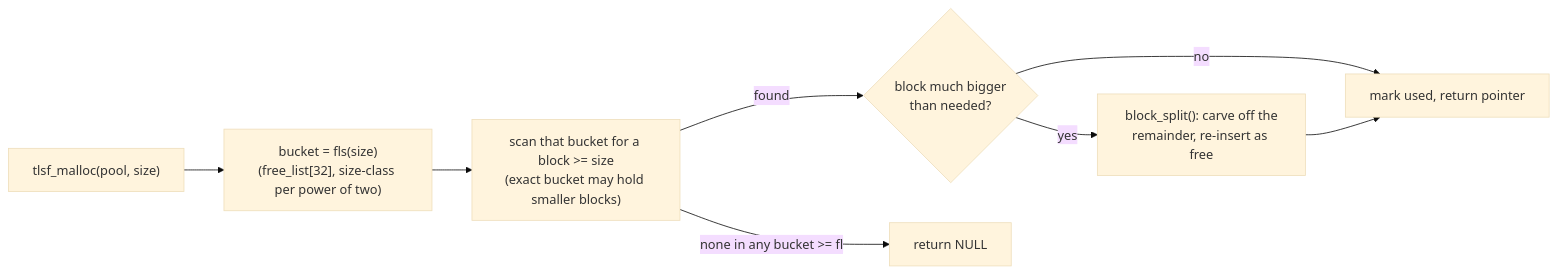
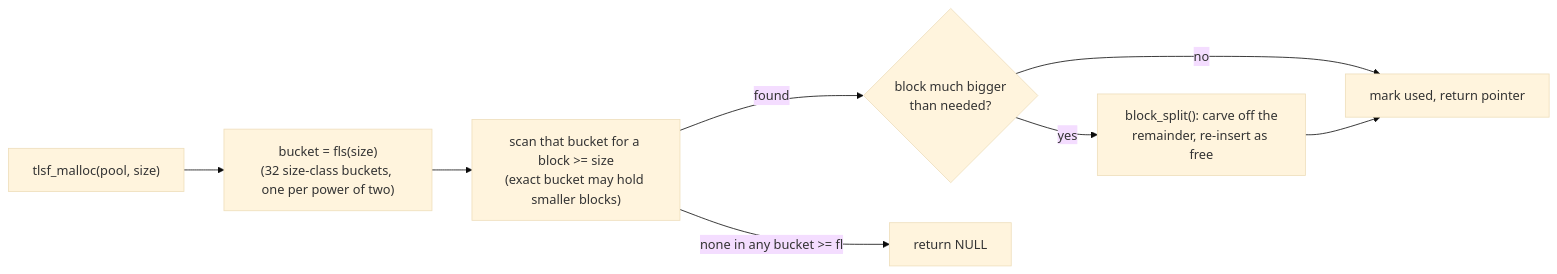
One commit to arashrasoulzadeh/tiny_device_os changed the third of 3 diagrams in docs/architecture.md. Above: the diagram before and after it, drawn with Mermaid (base theme). The commit also changed other lines of this file and 1 other file, not shown here.

First line of the commit message:
fix: Mermaid diagrams actually failing to render on the live docs site

````diff
--- a/docs/architecture.md
+++ b/docs/architecture.md
@@ -118,10 +118,10 @@
 ```mermaid
 flowchart LR
-    req["tlsf_malloc(pool, size)"] --> fl["bucket = fls(size)<br/>(free_list[32], size-class per power of two)"]
+    req["tlsf_malloc(pool, size)"] --> fl["bucket = fls(size)<br/>(32 size-class buckets, one per power of two)"]
     fl --> scan["scan that bucket for a block >= size<br/>(exact bucket may hold smaller blocks)"]
     scan -->|found| split{"block much bigger<br/>than needed?"}
     split -->|yes| carve["block_split(): carve off the<br/>remainder, re-insert as free"]
     split -->|no| use["mark used, return pointer"]
     carve --> use
     scan -->|none in any bucket >= fl| fail["return NULL"]
 ```
````
